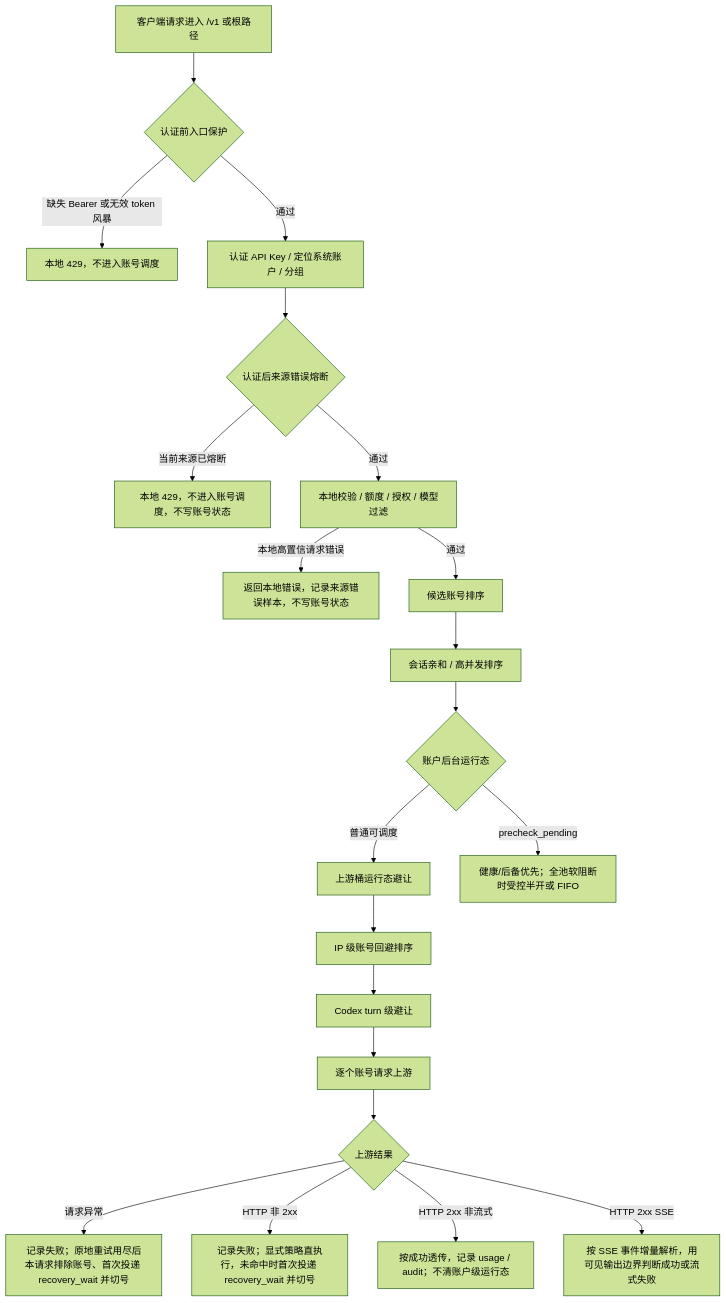
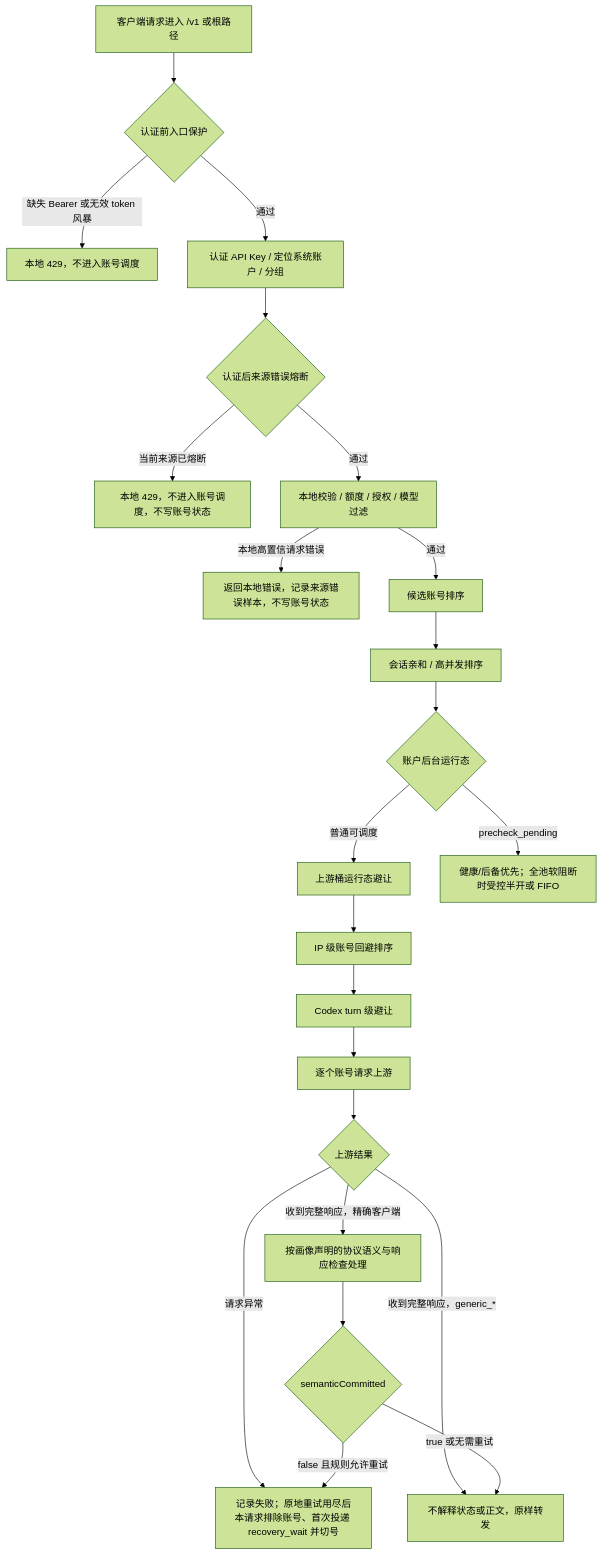
The diagram in docs/functions/网关错误处理完整链路.md (huanmin123/juhe-ai), drawn with Mermaid (forest theme) before and after one commit. The commit also changed other lines of this file and 27 other files, not shown here.

````diff
--- a/docs/functions/网关错误处理完整链路.md
+++ b/docs/functions/网关错误处理完整链路.md
@@ -52,23 +53,25 @@
 ```mermaid
 flowchart TD
   A["客户端请求进入 /v1 或根路径"] --> B{"认证前入口保护"}
   B -- "缺失 Bearer 或无效 token 风暴" --> B1["本地 429，不进入账号调度"]
   B -- "通过" --> C["认证 API Key / 定位系统账户 / 分组"]
   C --> D{"认证后来源错误熔断"}
   D -- "当前来源已熔断" --> D1["本地 429，不进入账号调度，不写账号状态"]
   D -- "通过" --> E["本地校验 / 额度 / 授权 / 模型过滤"]
   E -- "本地高置信请求错误" --> E1["返回本地错误，记录来源错误样本，不写账号状态"]
   E -- "通过" --> F["候选账号排序"]
   F --> F1["会话亲和 / 高并发排序"]
   F1 --> F2{"账户后台运行态"}
   F2 -- "普通可调度" --> F3["上游桶运行态避让"]
   F2 -- "precheck_pending" --> F2A["健康/后备优先；全池软阻断时受控半开或 FIFO"]
   F3 --> F4["IP 级账号回避排序"]
   F4 --> F5["Codex turn 级避让"]
   F5 --> G["逐个账号请求上游"]
   G --> H{"上游结果"}
   H -- "请求异常" --> I["记录失败；原地重试用尽后本请求排除账号、首次投递 recovery_wait 并切号"]
-  H -- "HTTP 非 2xx" --> J["记录失败；显式策略直执行，未命中时首次投递 recovery_wait 并切号"]
-  H -- "HTTP 2xx 非流式" --> K["按成功透传，记录 usage / audit；不清账户级运行态"]
-  H -- "HTTP 2xx SSE" --> L["按 SSE 事件增量解析，用可见输出边界判断成功或流式失败"]
+  H -- "收到完整响应，generic_*" --> J["不解释状态或正文，原样转发"]
+  H -- "收到完整响应，精确客户端" --> K["按画像声明的协议语义与响应检查处理"]
+  K --> L{"semanticCommitted"}
+  L -- "false 且规则允许重试" --> I
+  L -- "true 或无需重试" --> J
 ```
````
